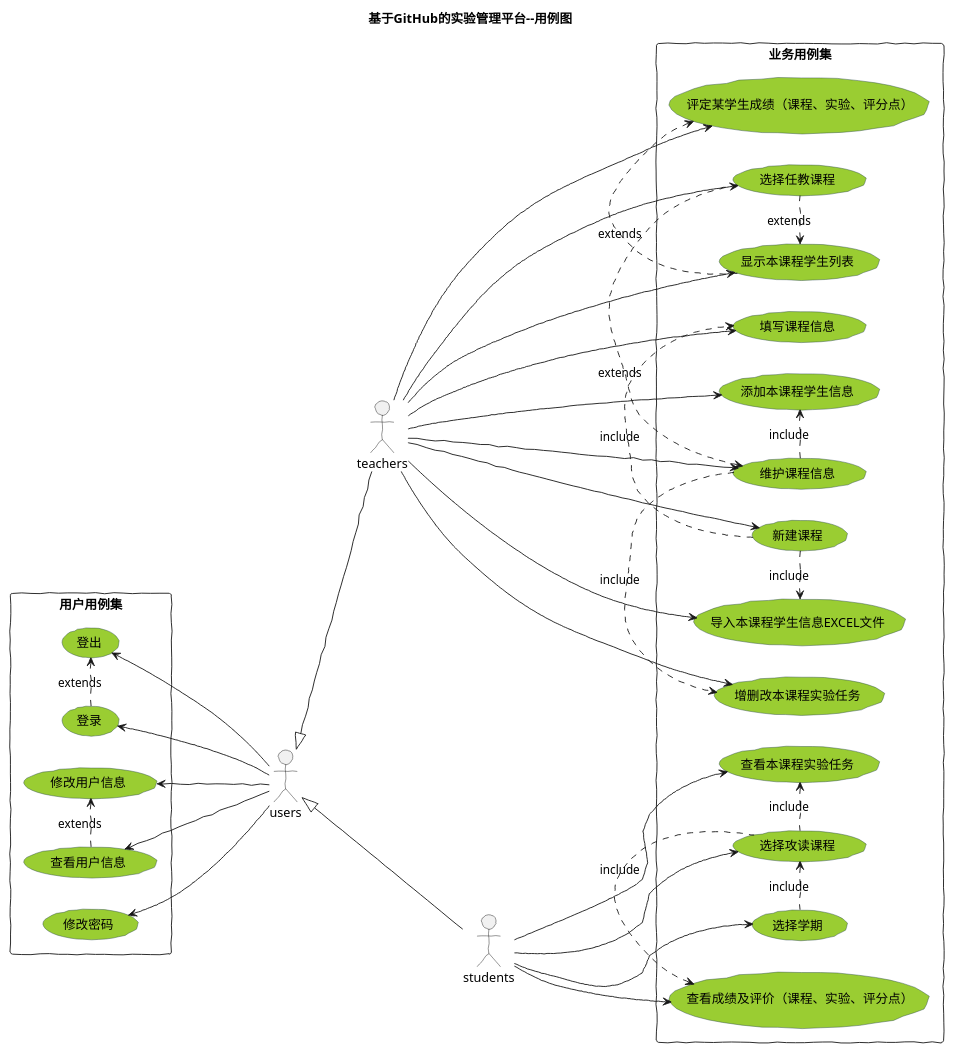
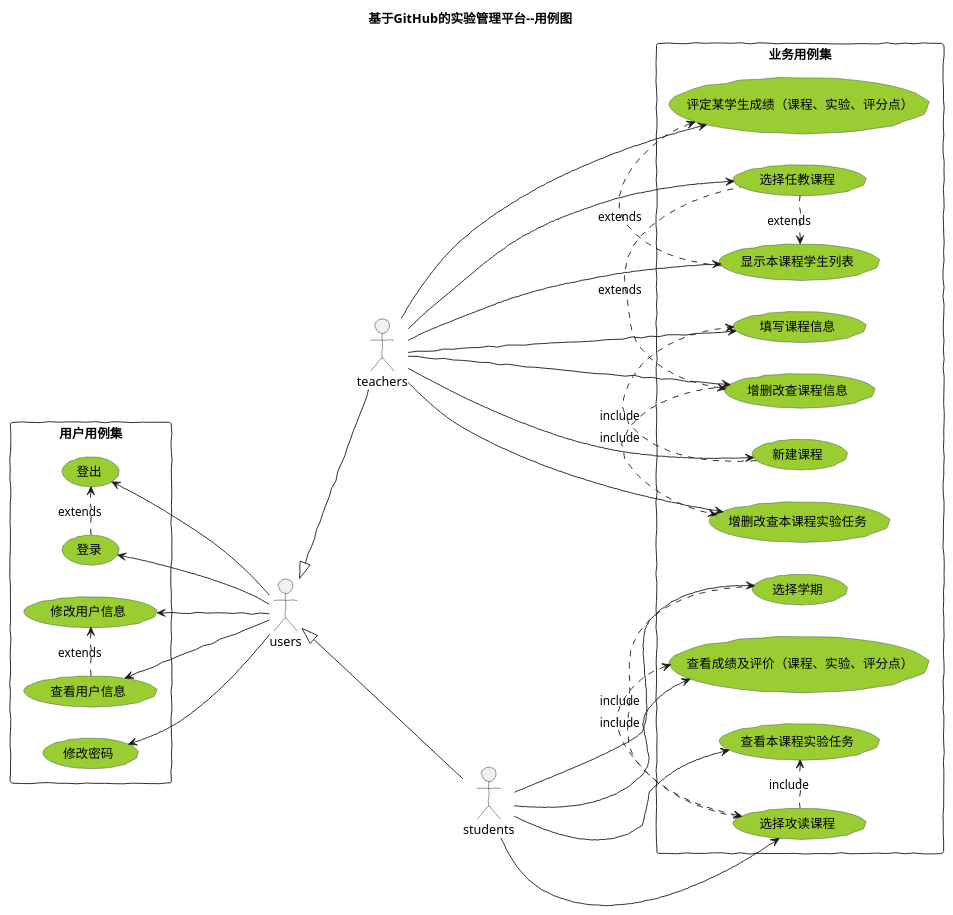
The diagram in test6/src/codes/usecase.wsd (aGreySky/is_analysis), drawn with PlantUML before and after one commit. The commit also changed 1 other file, not shown here.

```diff
--- a/test6/src/codes/usecase.wsd
+++ b/test6/src/codes/usecase.wsd
@@ -1,65 +1,61 @@
 @startuml
 
 skinparam packageStyle rectangle
 
 title 基于GitHub的实验管理平台--用例图
 
 actor teachers
 actor students
 actor users
 users <|-- teachers
 users <|-- students
 
 rectangle  用户用例集 {
 	users --up-> (登录)
 	users --up-> (登出)
 	users --up-> (查看用户信息)
 	users --up-> (修改用户信息)
 	users --up-> (修改密码)
 
 	(登录) .> (登出) : extends
 	(查看用户信息) .> (修改用户信息) : extends
 
 }
 rectangle 业务用例集 {
 	left to right direction
 	teachers -> (选择任教课程)
 	teachers ----> (新建课程)
 	teachers -> (显示本课程学生列表)
-	teachers ----> (维护课程信息)
+	teachers ----> (增删改查课程信息)
 	teachers -> (填写课程信息)
-	teachers --> (增删改本课程实验任务)
-	teachers -> (添加本课程学生信息)
+	teachers --> (增删改查本课程实验任务)
 	teachers ----> (评定某学生成绩（课程、实验、评分点）)
-	teachers ---> (导入本课程学生信息EXCEL文件)
 
 	(选择任教课程) .left.> (显示本课程学生列表) : extends
-	(选择任教课程) .left.> (维护课程信息) : extends
+	(选择任教课程) .left.> (增删改查课程信息) : extends
 	(新建课程) .> (填写课程信息) : include
-	(新建课程) .> (导入本课程学生信息EXCEL文件) : include
-	(维护课程信息) .> (添加本课程学生信息) : include
-	(维护课程信息) .> (增删改本课程实验任务) : include
+	(增删改查课程信息) .> (增删改查本课程实验任务) : include
 	(显示本课程学生列表) .left.> (评定某学生成绩（课程、实验、评分点）) : extends
 
 
 	students ---> (选择学期)
 	students ---> (选择攻读课程)
 	students ---> (查看成绩及评价（课程、实验、评分点）)
 	students ---> (查看本课程实验任务)
 
 	(选择学期) .left.> (选择攻读课程) : include
 	(选择攻读课程) .left.> (查看成绩及评价（课程、实验、评分点）) : include
 	(选择攻读课程) .left.> (查看本课程实验任务) : include
 
 }
 
 skinparam handwritten true
 skinparam usecase {
 	BackgroundColor YellowGreen
 	BorderColor DarkSlateGray
 	ArrowColor Olive
 	ActorBorderColor black
 	ActorFontName Courier
 
 }
 @enduml
```
